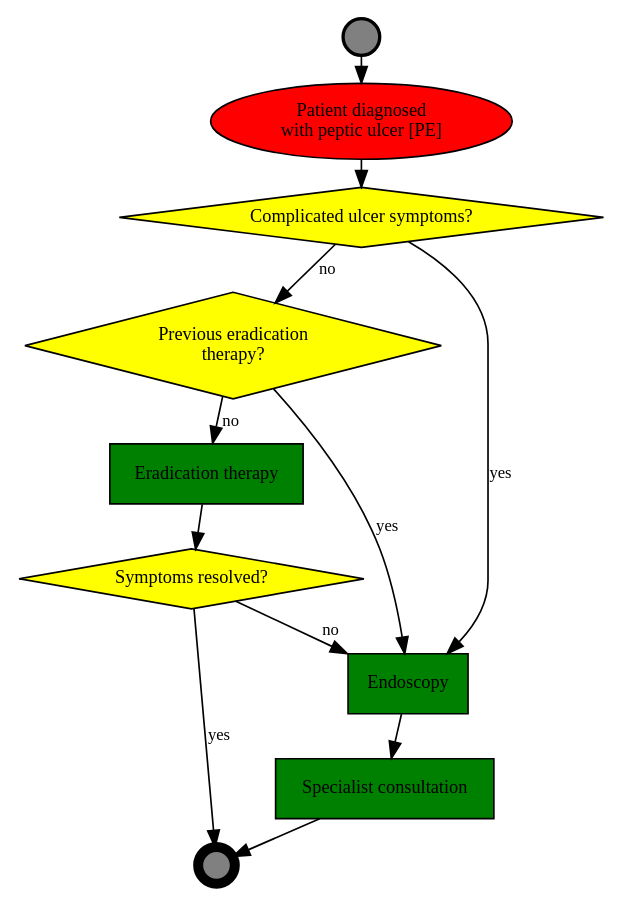
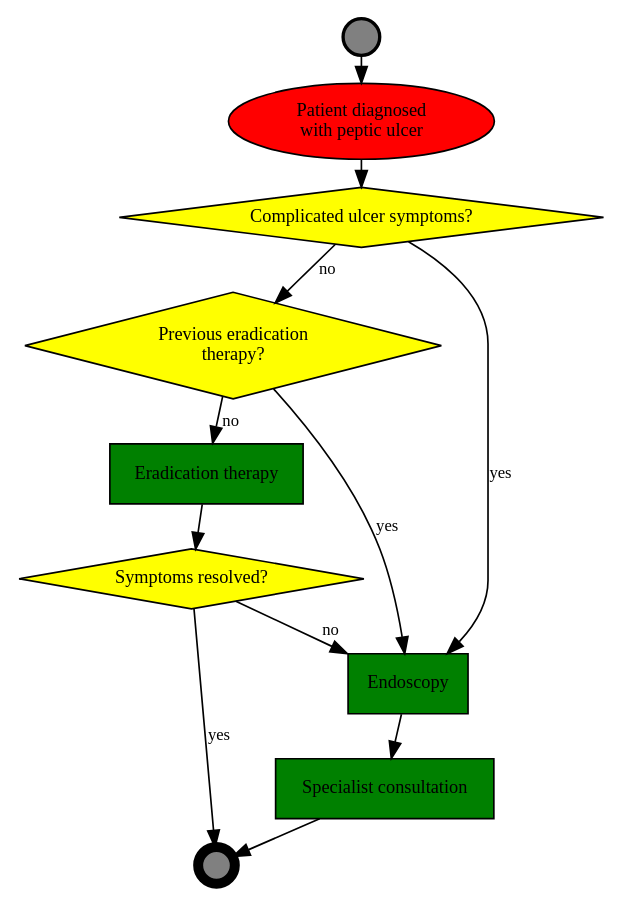
One commit to dradka/Program changed the diagram in algorytmy/peptic-ulcer.dot. Above: the diagram before and after it, drawn with Graphviz. The commit also changed 4 other files, not shown here.

```diff
--- a/algorytmy/peptic-ulcer.dot
+++ b/algorytmy/peptic-ulcer.dot
@@ -1,38 +1,38 @@
 digraph PE {
 	ranksep=0.1;
 	node [shape=box, style=filled, fillcolor=green, fontname=Calibri, fontsize=11];
 	edge [fontname="Calibri Italic", fontsize=10];
 
 	// Context
-	c_pe [label="Patient diagnosed \n with peptic ulcer [PE]", shape=oval, style=filled, fillcolor=red];
+	c_pe [label="Patient diagnosed \n with peptic ulcer", shape=oval, style=filled, fillcolor=red];
 	
 	// Event nodes
 	e_start [shape=circle, label="", width=0.3, penwidth=2, fillcolor="gray"];
 	e_end [shape=circle, label="", width=0.3, penwidth=6, fillcolor="gray"];
 	
 	// Decision nodes
 	d_symptoms [shape=diamond, fillcolor=yellow, label="Complicated ulcer symptoms?"];
 	//d_current_nsaid [shape=diamond, fillcolor=yellow, label="Currently using NSAID?"];
 	d_prev_et [shape=diamond, fillcolor=yellow, label="Previous eradication \n therapy?"];
 	d_resolved [shape=diamond, fillcolor=yellow, label="Symptoms resolved?"];
 
 	// Action nodes
 	// a_stop_nsaid [label="Stop NSAID"];
 	a_et [label="Eradication therapy"];
 	a_endo [label="Endoscopy"];
 	a_consult [label="Specialist consultation"];
 	
 	// Arcs
 	e_start -> c_pe -> d_symptoms;
 	d_symptoms -> a_endo [label="yes"];
 	a_endo -> a_consult -> e_end;
 	d_symptoms -> d_prev_et [label="no"];
 //	d_current_nsaid -> a_stop_nsaid [label="yes"];
 //	a_stop_nsaid -> e_end;
 //	d_current_nsaid -> d_prev_et [label="no"];
 	d_prev_et -> a_endo [label="yes"];
 	d_prev_et -> a_et [label="no"];
 	a_et -> d_resolved;
 	d_resolved -> e_end [label="yes"];
 	d_resolved -> a_endo [label="no"];
 }
```
